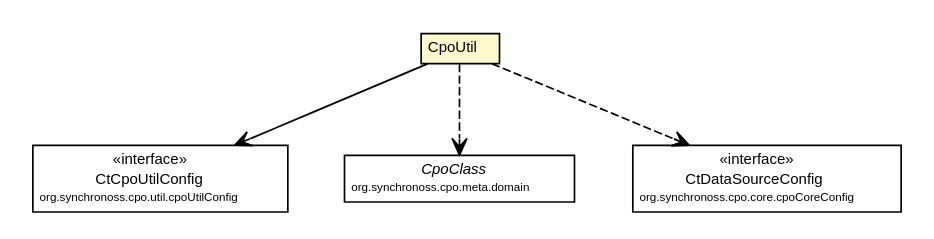
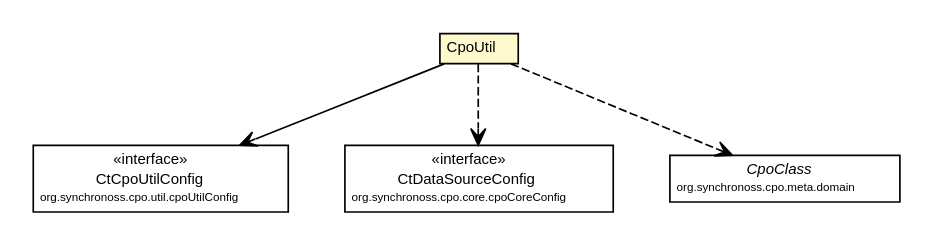
One commit to synchronoss/cpo-util changed the diagram in site/apidocs/org/synchronoss/cpo/util/CpoUtil.dot. Above: the diagram before and after it, drawn with Graphviz. The commit also changed 233 other files, not shown here.

Commit message:
Creating site for cpoUtil, 5.2.1-SNAPSHOT

```diff
--- a/site/apidocs/org/synchronoss/cpo/util/CpoUtil.dot
+++ b/site/apidocs/org/synchronoss/cpo/util/CpoUtil.dot
@@ -1,47 +1,47 @@
 #!/usr/local/bin/dot
 #
 # Class diagram 
 # Generated by UMLGraph version 5.1 (http://www.umlgraph.org/)
 #
 
 digraph G {
 	edge [fontname="Helvetica",fontsize=10,labelfontname="Helvetica",labelfontsize=10];
 	node [fontname="Helvetica",fontsize=10,shape=plaintext];
 	nodesep=0.25;
 	ranksep=0.5;
 	// org.synchronoss.cpo.util.CpoUtil
 	c1799 [label=<<table title="org.synchronoss.cpo.util.CpoUtil" border="0" cellborder="1" cellspacing="0" cellpadding="2" port="p" bgcolor="lemonChiffon" href="./CpoUtil.html">
 		<tr><td><table border="0" cellspacing="0" cellpadding="1">
 <tr><td align="center" balign="center"> CpoUtil </td></tr>
 		</table></td></tr>
 		</table>>, fontname="Helvetica", fontcolor="black", fontsize=9.0];
 	// org.synchronoss.cpo.util.cpoUtilConfig.CtCpoUtilConfig
 	c1845 [label=<<table title="org.synchronoss.cpo.util.cpoUtilConfig.CtCpoUtilConfig" border="0" cellborder="1" cellspacing="0" cellpadding="2" port="p" href="./cpoUtilConfig/CtCpoUtilConfig.html">
 		<tr><td><table border="0" cellspacing="0" cellpadding="1">
 <tr><td align="center" balign="center"> &#171;interface&#187; </td></tr>
 <tr><td align="center" balign="center"> CtCpoUtilConfig </td></tr>
 <tr><td align="center" balign="center"><font point-size="7.0"> org.synchronoss.cpo.util.cpoUtilConfig </font></td></tr>
 		</table></td></tr>
 		</table>>, fontname="Helvetica", fontcolor="black", fontsize=9.0];
 	// org.synchronoss.cpo.util.CpoUtil NAVASSOC org.synchronoss.cpo.util.cpoUtilConfig.CtCpoUtilConfig
 	c1799:p -> c1845:p [taillabel="", label="", headlabel="", fontname="Helvetica", fontcolor="black", fontsize=10.0, color="black", arrowhead=open];
+	// org.synchronoss.cpo.util.CpoUtil DEPEND org.synchronoss.cpo.core.cpoCoreConfig.CtDataSourceConfig
+	c1799:p -> c1857:p [taillabel="", label="", headlabel="", fontname="Helvetica", fontcolor="black", fontsize=10.0, color="black", arrowhead=open, style=dashed];
 	// org.synchronoss.cpo.util.CpoUtil DEPEND org.synchronoss.cpo.meta.domain.CpoClass
-	c1799:p -> c1857:p [taillabel="", label="", headlabel="", fontname="Helvetica", fontcolor="black", fontsize=10.0, color="black", arrowhead=open, style=dashed];
-	// org.synchronoss.cpo.util.CpoUtil DEPEND org.synchronoss.cpo.core.cpoCoreConfig.CtDataSourceConfig
 	c1799:p -> c1858:p [taillabel="", label="", headlabel="", fontname="Helvetica", fontcolor="black", fontsize=10.0, color="black", arrowhead=open, style=dashed];
 	// org.synchronoss.cpo.meta.domain.CpoClass
-	c1857 [label=<<table title="org.synchronoss.cpo.meta.domain.CpoClass" border="0" cellborder="1" cellspacing="0" cellpadding="2" port="p" href="http://java.sun.com/j2se/1.4.2/docs/api/org/synchronoss/cpo/meta/domain/CpoClass.html">
+	c1858 [label=<<table title="org.synchronoss.cpo.meta.domain.CpoClass" border="0" cellborder="1" cellspacing="0" cellpadding="2" port="p" href="http://java.sun.com/j2se/1.4.2/docs/api/org/synchronoss/cpo/meta/domain/CpoClass.html">
 		<tr><td><table border="0" cellspacing="0" cellpadding="1">
 <tr><td align="center" balign="center"><font face="Helvetica-Oblique"> CpoClass </font></td></tr>
 <tr><td align="center" balign="center"><font point-size="7.0"> org.synchronoss.cpo.meta.domain </font></td></tr>
 		</table></td></tr>
 		</table>>, fontname="Helvetica", fontcolor="black", fontsize=9.0];
 	// org.synchronoss.cpo.core.cpoCoreConfig.CtDataSourceConfig
-	c1858 [label=<<table title="org.synchronoss.cpo.core.cpoCoreConfig.CtDataSourceConfig" border="0" cellborder="1" cellspacing="0" cellpadding="2" port="p" href="http://java.sun.com/j2se/1.4.2/docs/api/org/synchronoss/cpo/core/cpoCoreConfig/CtDataSourceConfig.html">
+	c1857 [label=<<table title="org.synchronoss.cpo.core.cpoCoreConfig.CtDataSourceConfig" border="0" cellborder="1" cellspacing="0" cellpadding="2" port="p" href="http://java.sun.com/j2se/1.4.2/docs/api/org/synchronoss/cpo/core/cpoCoreConfig/CtDataSourceConfig.html">
 		<tr><td><table border="0" cellspacing="0" cellpadding="1">
 <tr><td align="center" balign="center"> &#171;interface&#187; </td></tr>
 <tr><td align="center" balign="center"> CtDataSourceConfig </td></tr>
 <tr><td align="center" balign="center"><font point-size="7.0"> org.synchronoss.cpo.core.cpoCoreConfig </font></td></tr>
 		</table></td></tr>
 		</table>>, fontname="Helvetica", fontcolor="black", fontsize=9.0];
 }
```
